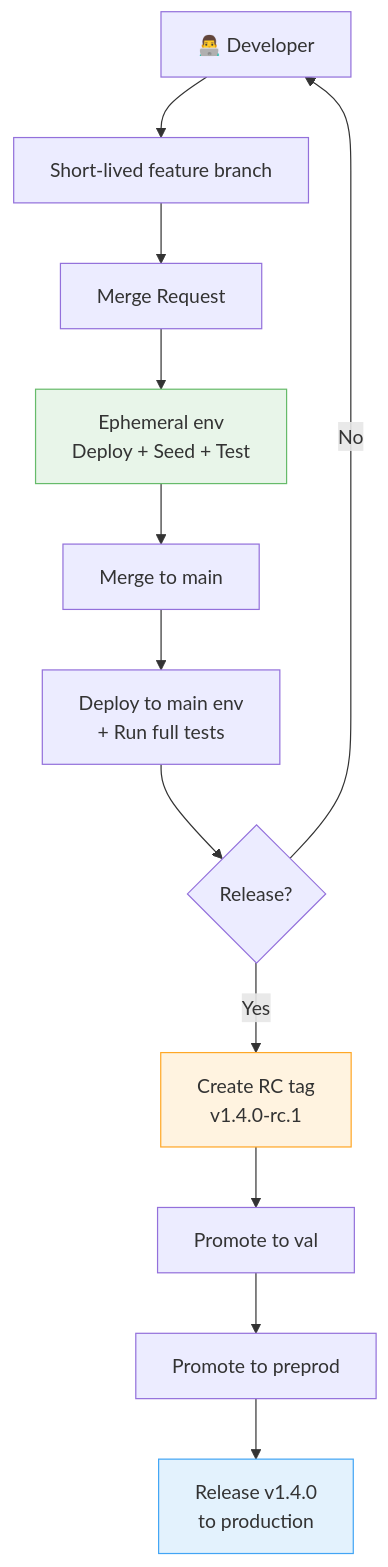
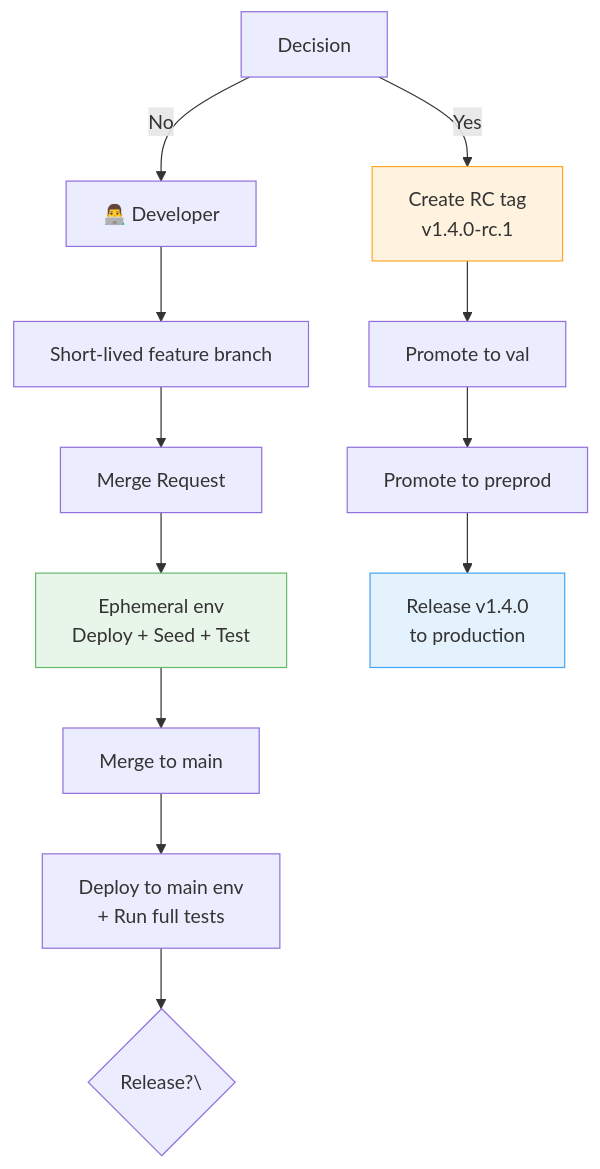
The seventh of 7 diagrams in content/posts/2026-04-16-trunk-based-development-gitlab-gitops.md/index.md (sunix/blog.sunix.org), drawn with Mermaid before and after one commit. The commit also changed other lines of this file, not shown here.

First line of the commit message:
fix: escape curly braces in Mermaid decision nodes to prevent Qute template errors

````diff
--- a/content/posts/2026-04-16-trunk-based-development-gitlab-gitops.md/index.md
+++ b/content/posts/2026-04-16-trunk-based-development-gitlab-gitops.md/index.md
@@ -300,18 +300,18 @@
 ```mermaid
 flowchart TD
     Dev[👨‍💻 Developer] --> Branch[Short-lived feature branch]
     Branch --> MR[Merge Request]
     MR --> EphEnv[Ephemeral env\nDeploy + Seed + Test]
     EphEnv --> Merge[Merge to main]
     Merge --> Deploy[Deploy to main env\n+ Run full tests]
-    Deploy --> Decision{Release?}
+    Deploy --> Decision\{Release?\}
     Decision -- Yes --> RC[Create RC tag\nv1.4.0-rc.1]
     RC --> Val[Promote to val]
     Val --> Preprod[Promote to preprod]
     Preprod --> Prod[Release v1.4.0\nto production]
     Decision -- No --> Dev
 
     style EphEnv fill:#e8f5e9,stroke:#66bb6a
     style RC fill:#fff3e0,stroke:#ffa726
     style Prod fill:#e3f2fd,stroke:#42a5f5
 ```
````
